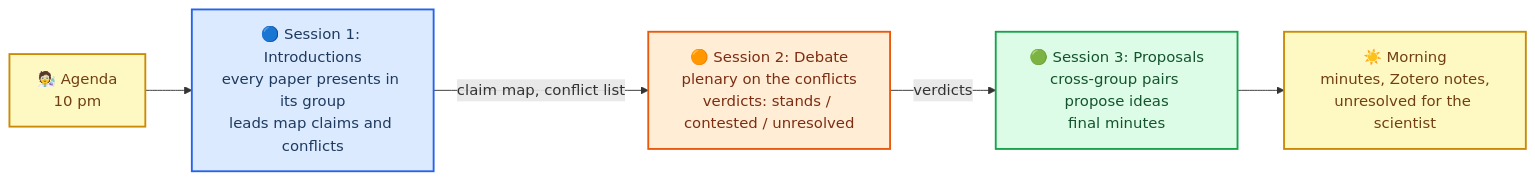
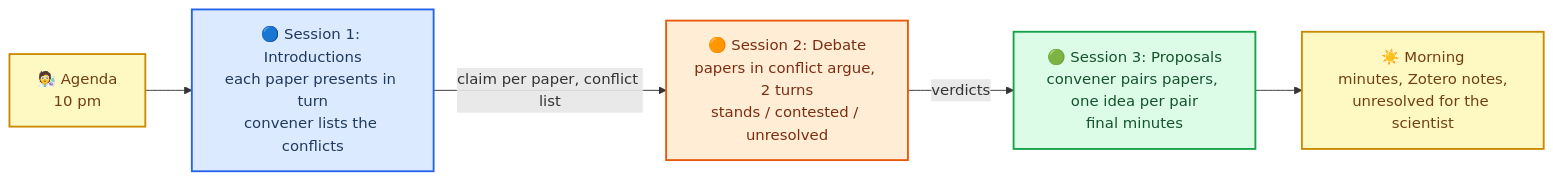
One commit to jackysiupuichung/temp changed the second of 2 diagrams in research/review/organisation_diagram.md. Above: the diagram before and after it, drawn with Mermaid. The commit also changed other lines of this file and 2 other files, not shown here.

First line of the commit message:
Reduce the organisation to one lab

````diff
--- a/research/review/organisation_diagram.md
+++ b/research/review/organisation_diagram.md
@@ -154,26 +61,26 @@
 ```mermaid
 flowchart LR
     accTitle: Three sessions overnight
-    accDescr: Session one is introductions, where every paper presents inside its group. Session two is the debate, where the convener raises the conflicts found in session one. Session three is proposals, where groups pair up and the final minutes are written for the scientist.
+    accDescr: Session one is introductions, where every paper presents in turn. Session two is the debate on the conflicts the convener listed. Session three is proposals, where the convener pairs papers and the final minutes are written.
 
     agenda["🧑‍🔬 Agenda<br/>10 pm"]
-    s1["🔵 Session 1: Introductions<br/>every paper presents in its group<br/>leads map claims and conflicts"]
-    s2["🟠 Session 2: Debate<br/>plenary on the conflicts<br/>verdicts: stands / contested / unresolved"]
-    s3["🟢 Session 3: Proposals<br/>cross-group pairs propose ideas<br/>final minutes"]
+    s1["🔵 Session 1: Introductions<br/>each paper presents in turn<br/>convener lists the conflicts"]
+    s2["🟠 Session 2: Debate<br/>papers in conflict argue, 2 turns<br/>stands / contested / unresolved"]
+    s3["🟢 Session 3: Proposals<br/>convener pairs papers, one idea per pair<br/>final minutes"]
     morning["☀️ Morning<br/>minutes, Zotero notes,<br/>unresolved for the scientist"]
 
     agenda --> s1
-    s1 -- "claim map, conflict list" --> s2
+    s1 -- "claim per paper, conflict list" --> s2
     s2 -- "verdicts" --> s3
     s3 --> morning
 
     classDef one fill:#dbeafe,stroke:#2563eb,stroke-width:2px,color:#1e3a5f
     classDef two fill:#ffedd5,stroke:#ea580c,stroke-width:2px,color:#7c2d12
     classDef three fill:#dcfce7,stroke:#16a34a,stroke-width:2px,color:#14532d
     classDef person fill:#fef9c3,stroke:#ca8a04,stroke-width:2px,color:#713f12
 
     class s1 one
     class s2 two
     class s3 three
     class agenda,morning person
 ```
````
